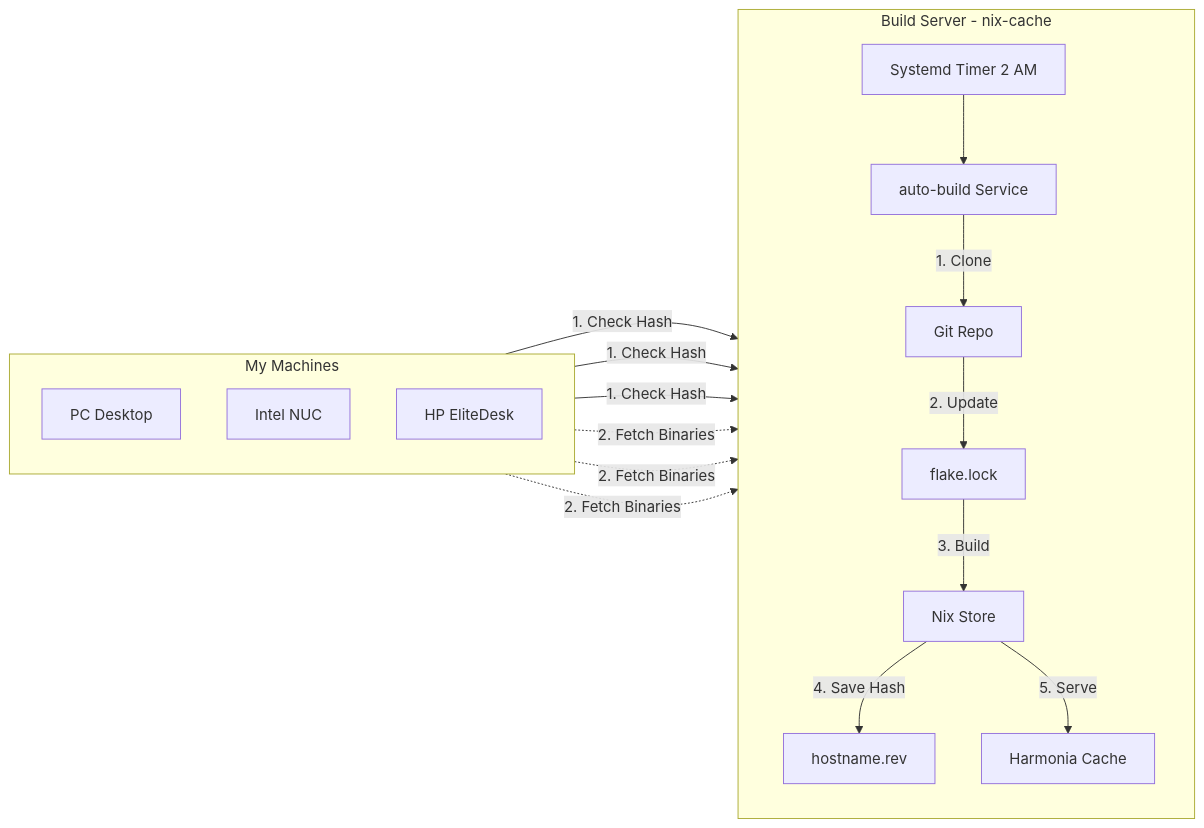
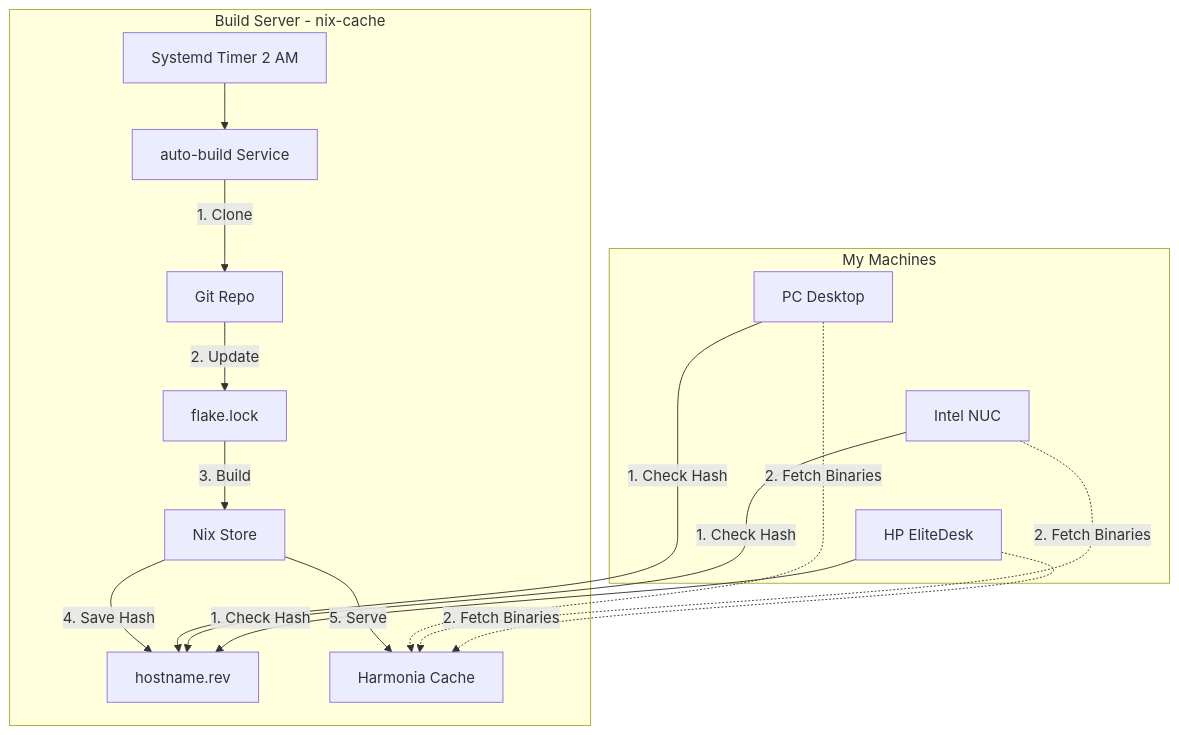
Before and after one commit to basnijholt/nijho.lt: the diagram in content/post/nixos-cache/index.md, drawn with Mermaid.

Commit message:
docs: revert to graph TD with vertical node stacking

````diff
--- a/content/post/nixos-cache/index.md
+++ b/content/post/nixos-cache/index.md
@@ -49,27 +49,28 @@
 ```mermaid
-graph LR
+graph TD
     subgraph Server [Build Server - nix-cache]
-        direction TB
         Timer[Systemd Timer 2 AM] --> AutoBuild[auto-build Service]
         AutoBuild -->|1. Clone| Git[Git Repo]
         Git -->|2. Update| FlakeLock[flake.lock]
         FlakeLock -->|3. Build| Store[Nix Store]
         Store -->|4. Save Hash| RevFile[hostname.rev]
         Store -->|5. Serve| Harmonia[Harmonia Cache]
     end
 
     subgraph Fleet [My Machines]
-        direction TB
         PC[PC Desktop]
         NUC[Intel NUC]
         HP[HP EliteDesk]
+        
+        %% Force vertical stacking
+        PC ~~~ NUC ~~~ HP
     end
 
     PC -->|1. Check Hash| RevFile
     NUC -->|1. Check Hash| RevFile
     HP -->|1. Check Hash| RevFile
 
     PC -.->|2. Fetch Binaries| Harmonia
     NUC -.->|2. Fetch Binaries| Harmonia
     HP -.->|2. Fetch Binaries| Harmonia
 ```
````
